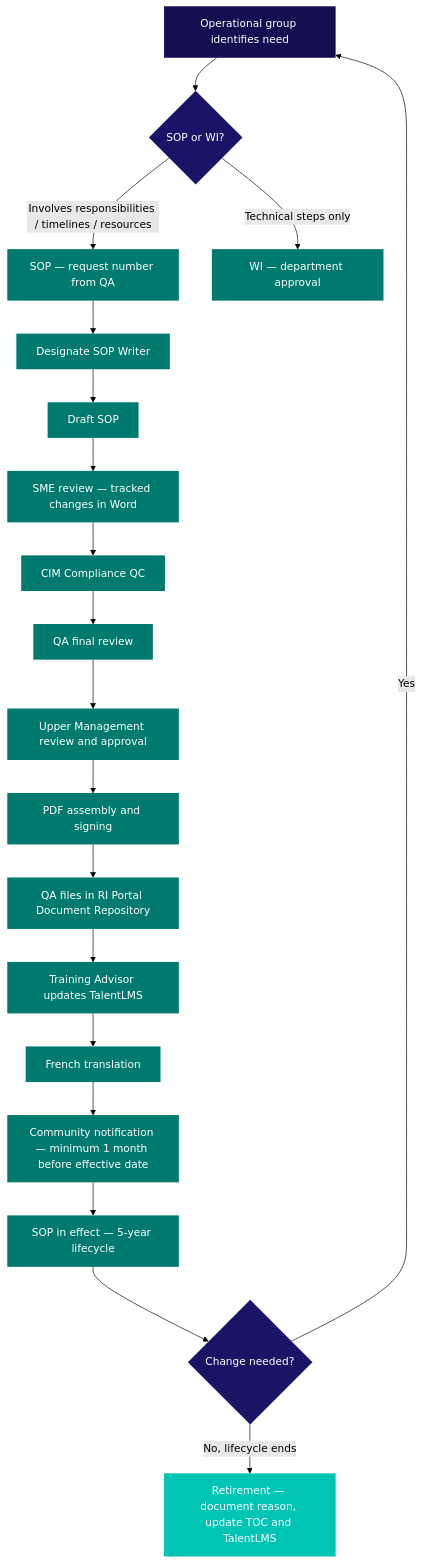
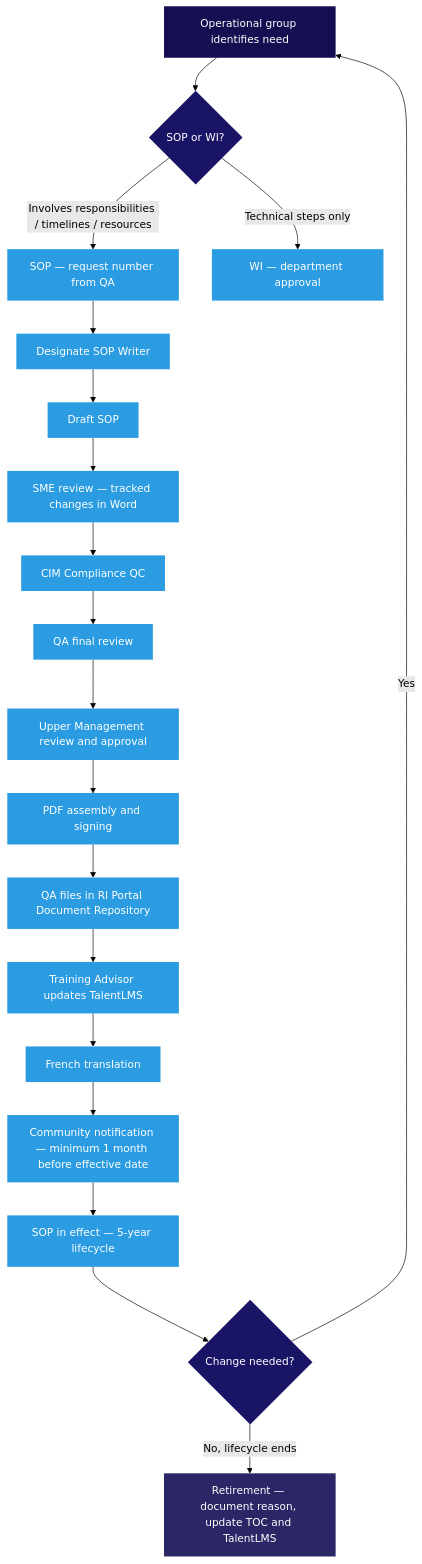
The diagram in sops/cr-001.mdx (matthewfiorentino/docs), drawn with Mermaid (forest theme) before and after one commit. The commit also changed 36 other files, not shown here.

````diff
--- a/sops/cr-001.mdx
+++ b/sops/cr-001.mdx
@@ -78,40 +78,40 @@
 ```mermaid
 flowchart TD
     A[Operational group identifies need] --> B{SOP or WI?}
     B -->|Involves responsibilities / timelines / resources| C[SOP — request number from QA]
     B -->|Technical steps only| D[WI — department approval]
     C --> E[Designate SOP Writer]
     E --> F[Draft SOP]
     F --> G[SME review — tracked changes in Word]
     G --> H[CIM Compliance QC]
     H --> I[QA final review]
     I --> J[Upper Management review and approval]
     J --> K[PDF assembly and signing]
     K --> L[QA files in RI Portal Document Repository]
     L --> M[Training Advisor updates TalentLMS]
     M --> N[French translation]
     N --> O[Community notification — minimum 1 month before effective date]
     O --> P[SOP in effect — 5-year lifecycle]
     P --> Q{Change needed?}
     Q -->|Yes| A
     Q -->|No, lifecycle ends| R[Retirement — document reason, update TOC and TalentLMS]
 
     style A  fill:#150e51,color:#fff,stroke:none
     style B  fill:#1a1466,color:#fff,stroke:none
-    style C  fill:#007a6e,color:#fff,stroke:none
-    style D  fill:#007a6e,color:#fff,stroke:none
-    style E  fill:#007a6e,color:#fff,stroke:none
-    style F  fill:#007a6e,color:#fff,stroke:none
-    style G  fill:#007a6e,color:#fff,stroke:none
-    style H  fill:#007a6e,color:#fff,stroke:none
-    style I  fill:#007a6e,color:#fff,stroke:none
-    style J  fill:#007a6e,color:#fff,stroke:none
-    style K  fill:#007a6e,color:#fff,stroke:none
-    style L  fill:#007a6e,color:#fff,stroke:none
-    style M  fill:#007a6e,color:#fff,stroke:none
-    style N  fill:#007a6e,color:#fff,stroke:none
-    style O  fill:#007a6e,color:#fff,stroke:none
-    style P  fill:#007a6e,color:#fff,stroke:none
+    style C  fill:#2b9ce2,color:#fff,stroke:none
+    style D  fill:#2b9ce2,color:#fff,stroke:none
+    style E  fill:#2b9ce2,color:#fff,stroke:none
+    style F  fill:#2b9ce2,color:#fff,stroke:none
+    style G  fill:#2b9ce2,color:#fff,stroke:none
+    style H  fill:#2b9ce2,color:#fff,stroke:none
+    style I  fill:#2b9ce2,color:#fff,stroke:none
+    style J  fill:#2b9ce2,color:#fff,stroke:none
+    style K  fill:#2b9ce2,color:#fff,stroke:none
+    style L  fill:#2b9ce2,color:#fff,stroke:none
+    style M  fill:#2b9ce2,color:#fff,stroke:none
+    style N  fill:#2b9ce2,color:#fff,stroke:none
+    style O  fill:#2b9ce2,color:#fff,stroke:none
+    style P  fill:#2b9ce2,color:#fff,stroke:none
     style Q  fill:#1a1466,color:#fff,stroke:none
-    style R  fill:#00c4b4,color:#fff,stroke:none
+    style R  fill:#2b2666,color:#fff,stroke:none
 ```
````
